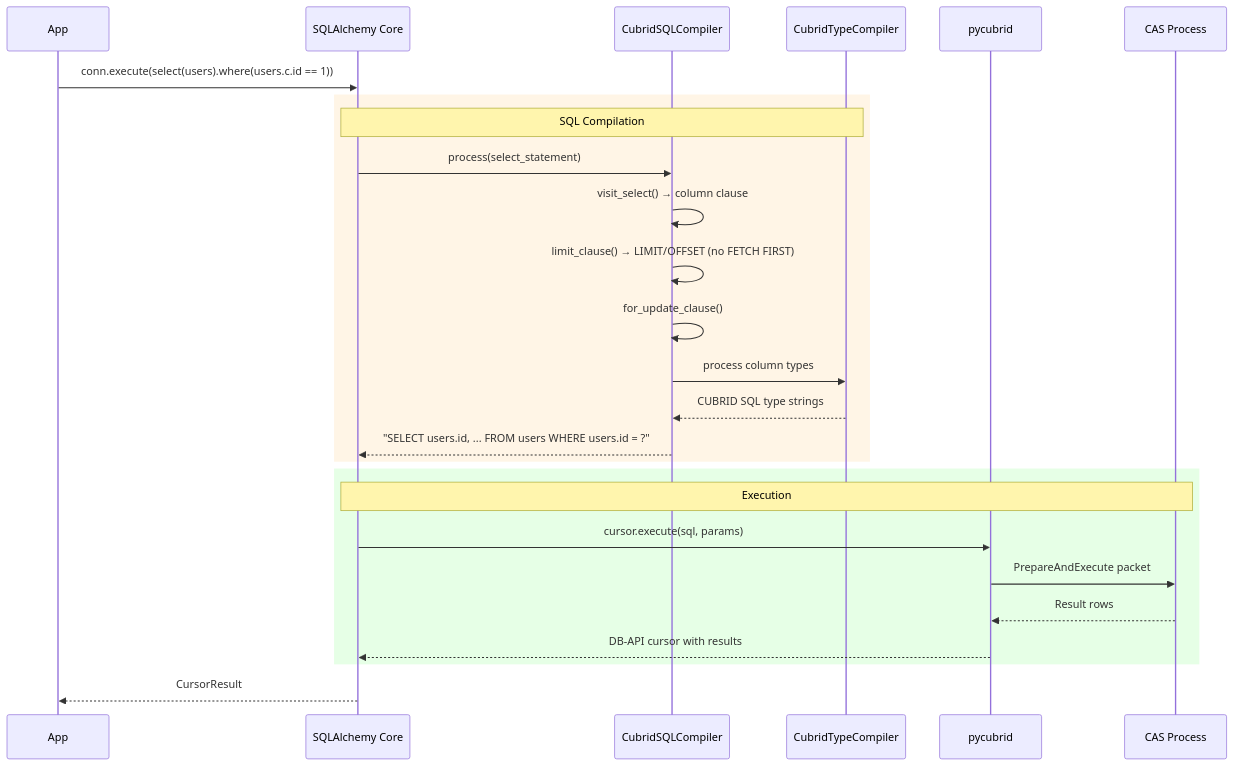
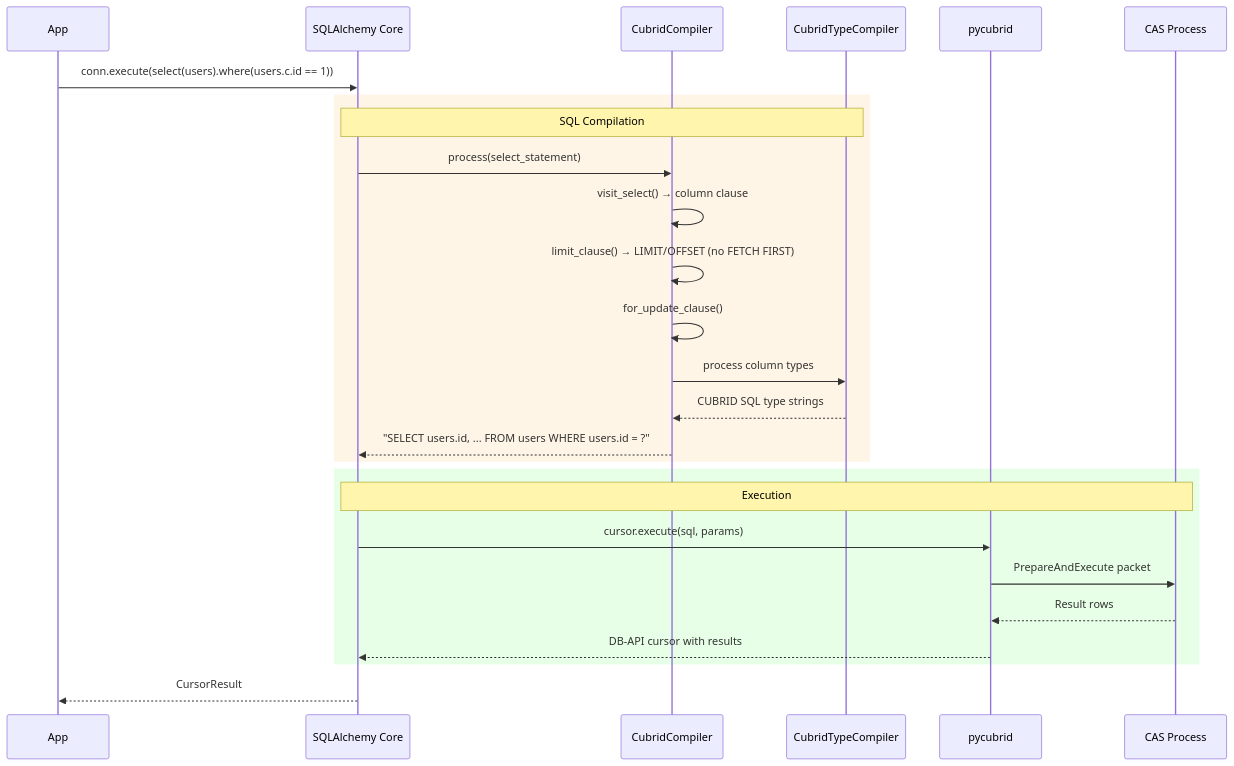
The second of 6 diagrams in docs/ARCHITECTURE.md (sqlalchemy-cubrid/sqlalchemy-cubrid), drawn with Mermaid before and after one commit. The commit also changed other lines of this file and 7 other files, not shown here.

````diff
--- a/docs/ARCHITECTURE.md
+++ b/docs/ARCHITECTURE.md
@@ -53,29 +53,29 @@
 ```mermaid
 sequenceDiagram
     participant App
     participant SA as SQLAlchemy Core
-    participant Compiler as CubridSQLCompiler
+    participant Compiler as CubridCompiler
     participant TypeCompiler as CubridTypeCompiler
     participant Driver as pycubrid
     participant CAS as CAS Process
     
     App->>SA: conn.execute(select(users).where(users.c.id == 1))
     rect rgb(255, 245, 230)
       note over SA, TypeCompiler: SQL Compilation
       SA->>Compiler: process(select_statement)
       Compiler->>Compiler: visit_select() → column clause
       Compiler->>Compiler: limit_clause() → LIMIT/OFFSET (no FETCH FIRST)
       Compiler->>Compiler: for_update_clause()
       Compiler->>TypeCompiler: process column types
       TypeCompiler-->>Compiler: CUBRID SQL type strings
       Compiler-->>SA: "SELECT users.id, ... FROM users WHERE users.id = ?"
     end
     rect rgb(230, 255, 230)
       note over SA, CAS: Execution
       SA->>Driver: cursor.execute(sql, params)
       Driver->>CAS: PrepareAndExecute packet
       CAS-->>Driver: Result rows
       Driver-->>SA: DB-API cursor with results
     end
     SA-->>App: CursorResult
 ```
````
